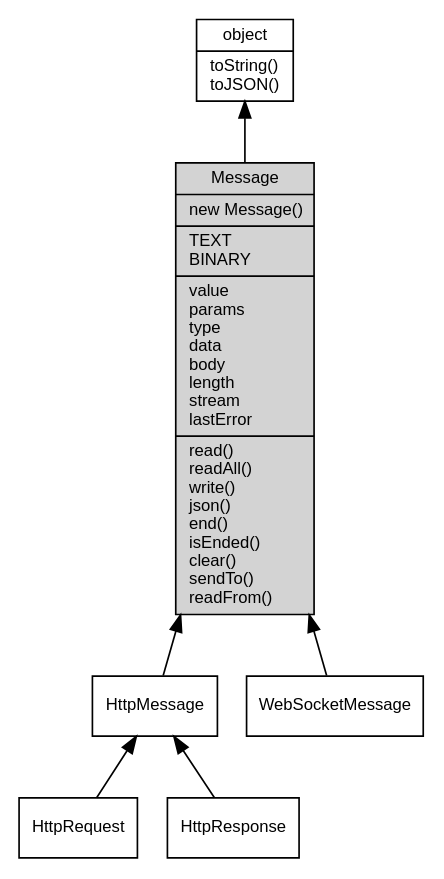
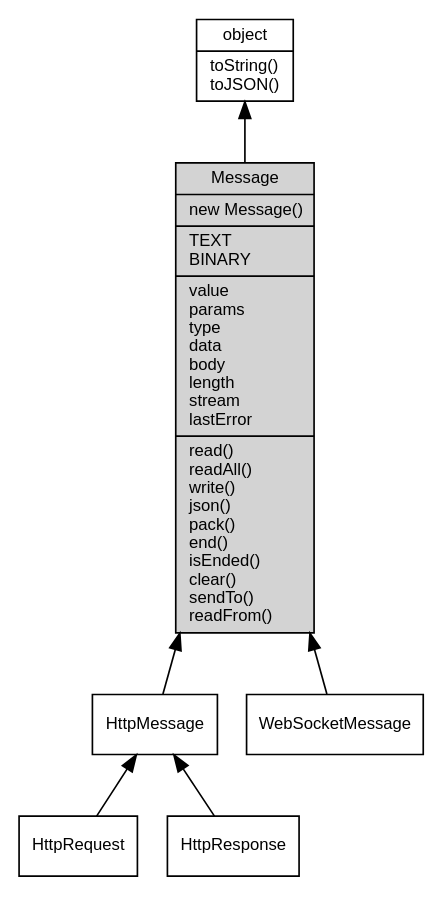
Before and after one commit to fibjs/fibjs.org: the diagram in docs/manual/object/ifs/Message.md, drawn with Graphviz. The commit also changed other lines of this file and 49 other files, not shown here.

````diff
--- a/docs/manual/object/ifs/Message.md
+++ b/docs/manual/object/ifs/Message.md
@@ -12,18 +12,18 @@
 ```dot
 digraph {
     node [fontname="Helvetica,sans-Serif", fontsize=10, shape="record", style="filled", fillcolor="white"];
 
     object [tooltip="object", URL="object.md", label="{object|toString()\ltoJSON()\l}"];
-    Message [tooltip="Message", fillcolor="lightgray", id="me", label="{Message|new Message()\l|TEXT\lBINARY\l|value\lparams\ltype\ldata\lbody\llength\lstream\llastError\l|read()\lreadAll()\lwrite()\ljson()\lend()\lisEnded()\lclear()\lsendTo()\lreadFrom()\l}"];
+    Message [tooltip="Message", fillcolor="lightgray", id="me", label="{Message|new Message()\l|TEXT\lBINARY\l|value\lparams\ltype\ldata\lbody\llength\lstream\llastError\l|read()\lreadAll()\lwrite()\ljson()\lpack()\lend()\lisEnded()\lclear()\lsendTo()\lreadFrom()\l}"];
     HttpMessage [tooltip="HttpMessage", URL="HttpMessage.md", label="{HttpMessage}"];
     HttpRequest [tooltip="HttpRequest", URL="HttpRequest.md", label="{HttpRequest}"];
     HttpResponse [tooltip="HttpResponse", URL="HttpResponse.md", label="{HttpResponse}"];
     WebSocketMessage [tooltip="WebSocketMessage", URL="WebSocketMessage.md", label="{WebSocketMessage}"];
 
     object -> Message [dir=back];
     Message -> HttpMessage [dir=back];
     HttpMessage -> HttpRequest [dir=back];
     HttpMessage -> HttpResponse [dir=back];
     Message -> WebSocketMessage [dir=back];
 }
 ```
````
